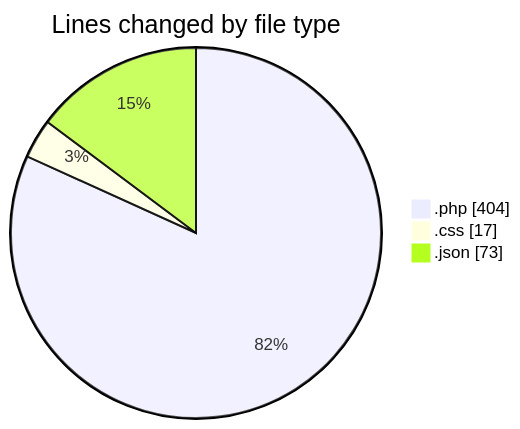
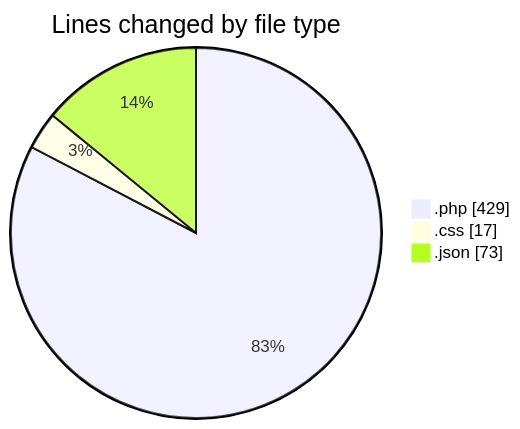
Before and after one commit to momahboobian/code-tracking: the first of 2 diagrams in 2026-03-20/newspaper-child/README.md, drawn with Mermaid. The commit also changed other lines of this file and 1 other file, not shown here.

````diff
--- a/2026-03-20/newspaper-child/README.md
+++ b/2026-03-20/newspaper-child/README.md
@@ -30,7 +30,7 @@
 ```mermaid
 pie showData
 title Lines changed by file type
-".php" : 404
+".php" : 429
 ".css" : 17
 ".json" : 73
 ```
````
